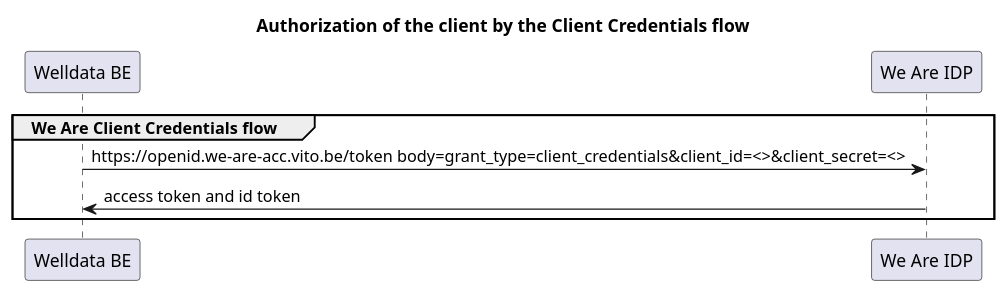
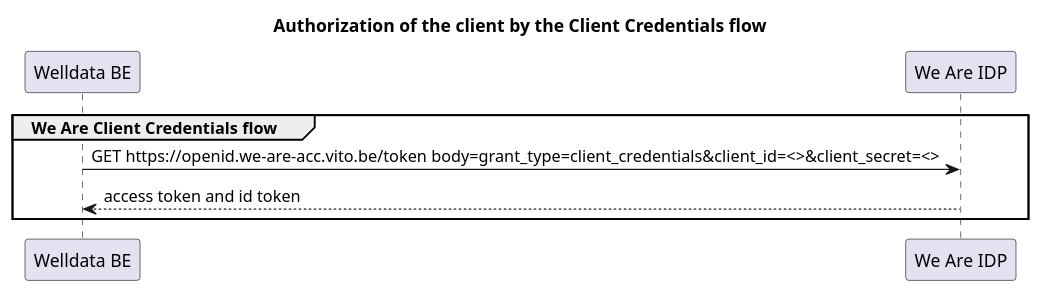
Before and after one commit to GIDSOpenStandaarden/welldata-implementation-guide: the diagram in input/images-source/client-credentials.plantuml, drawn with PlantUML. The commit also changed other lines of this file and 2 other files, not shown here.

Commit message:
Update PlantUML diagrams to use HTTP method annotations
Revised PlantUML sequence diagrams to explicitly specify HTTP methods (e.g., GET, POST) for better clarity and alignment with standard conventions. Also updated arrow styles to accurately reflect synchronous and asynchronous message flows.

```diff
--- a/input/images-source/client-credentials.plantuml
+++ b/input/images-source/client-credentials.plantuml
@@ -1,12 +1,12 @@
 @startuml
 title Authorization of the client by the Client Credentials flow
 
 participant "Welldata BE" as welldataBE
 participant "We Are IDP" as weareidp
 
 group We Are Client Credentials flow
- welldataBE->weareidp: https://openid.we-are-acc.vito.be/token body=grant_type=client_credentials&client_id=<>&client_secret=<>
- weareidp->welldataBE: access token and id token
+ welldataBE->weareidp: GET https://openid.we-are-acc.vito.be/token body=grant_type=client_credentials&client_id=<>&client_secret=<>
+ weareidp-->welldataBE: access token and id token
 end
 
 @enduml
```
